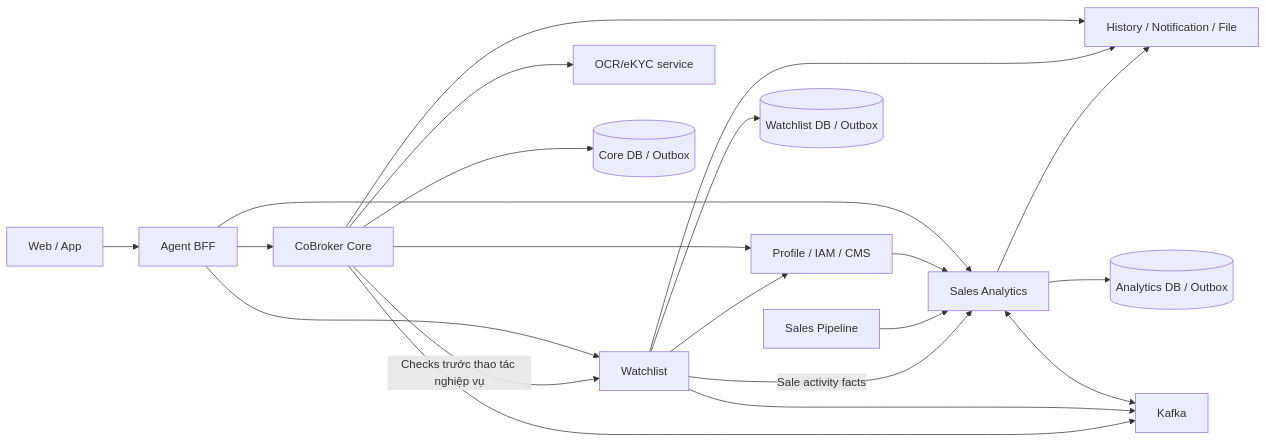
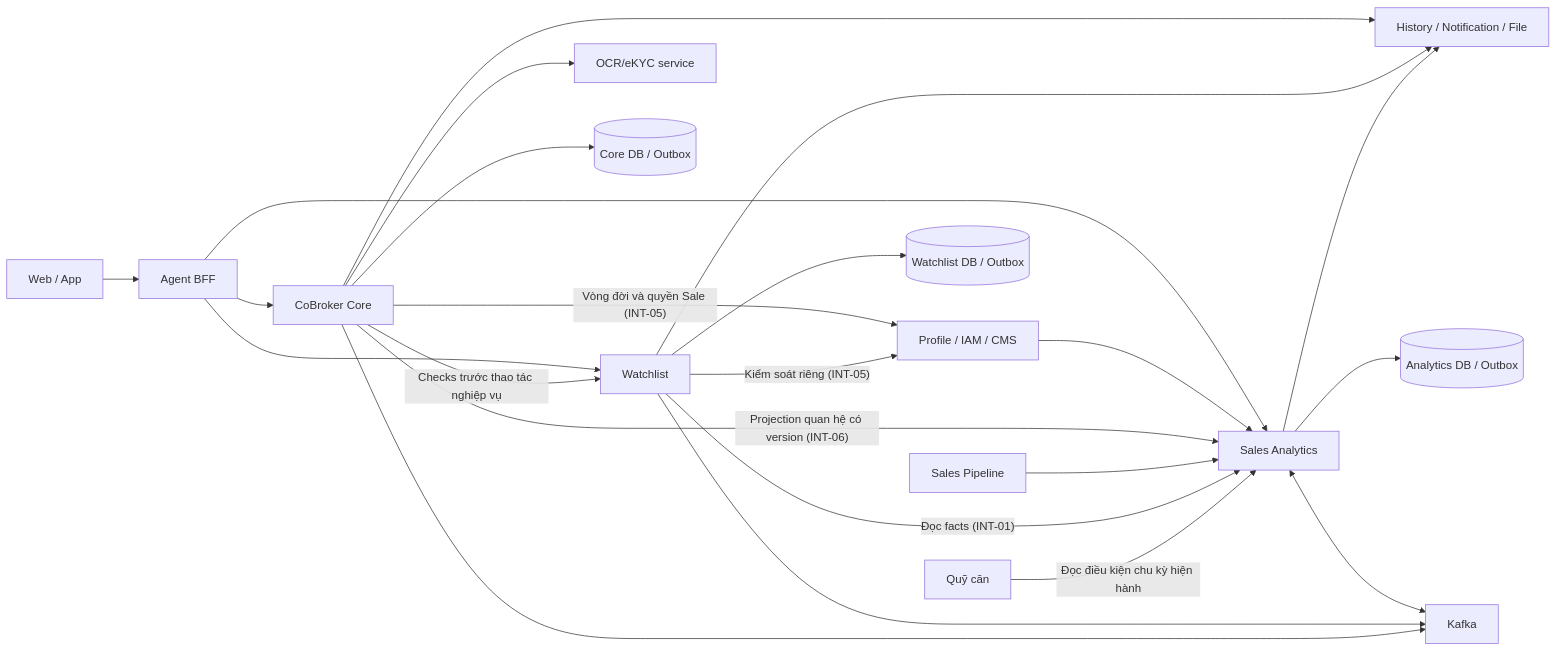
One commit to huynv-xyz/vhm-tdd changed the diagram in cobroker/diagrams/cobroker-01.mmd. Above: the diagram before and after it, drawn with Mermaid. The commit also changed 11 other files, not shown here.

Commit message:
docs: close Cobroker architecture gaps in TTD v0.8

```diff
--- a/cobroker/diagrams/cobroker-01.mmd
+++ b/cobroker/diagrams/cobroker-01.mmd
@@ -1,21 +1,23 @@
 flowchart LR
     U["Web / App"] --> B["Agent BFF"]
     B --> C["CoBroker Core"]
     B --> A["Sales Analytics"]
     B --> W["Watchlist"]
     C -->|"Checks trước thao tác nghiệp vụ"| W
     C --> E["OCR/eKYC service"]
-    C --> P["Profile / IAM / CMS"]
+    C -->|"Vòng đời và quyền Sale (INT-05)"| P["Profile / IAM / CMS"]
     P --> A
+    C -->|"Projection quan hệ có version (INT-06)"| A
     D["Sales Pipeline"] --> A
-    W -->|"Sale activity facts"| A
-    W --> P
+    W -->|"Đọc facts (INT-01)"| A
+    W -->|"Kiểm soát riêng (INT-05)"| P
     C --> H["History / Notification / File"]
     W --> H
     A --> H
+    Q["Quỹ căn"] -->|"Đọc điều kiện chu kỳ hiện hành"| A
     C --> CD[("Core DB / Outbox")]
     A --> AD[("Analytics DB / Outbox")]
     W --> WD[("Watchlist DB / Outbox")]
     A <--> K["Kafka"]
     W --> K
     C --> K
```
